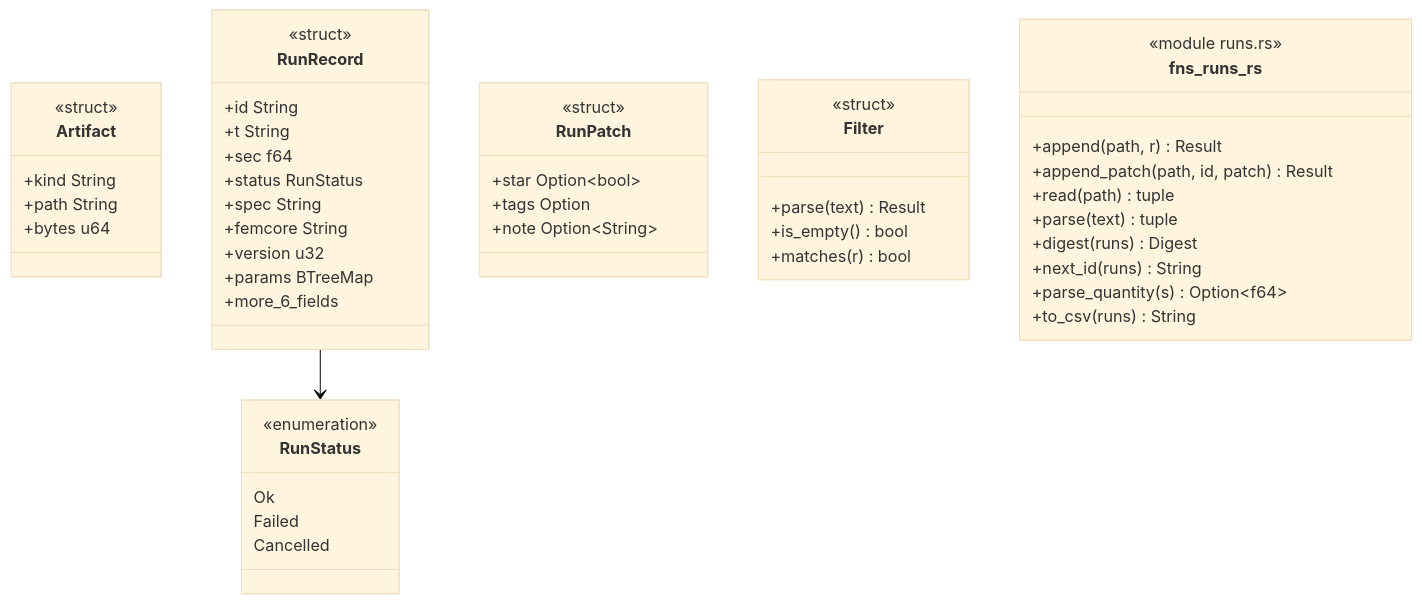
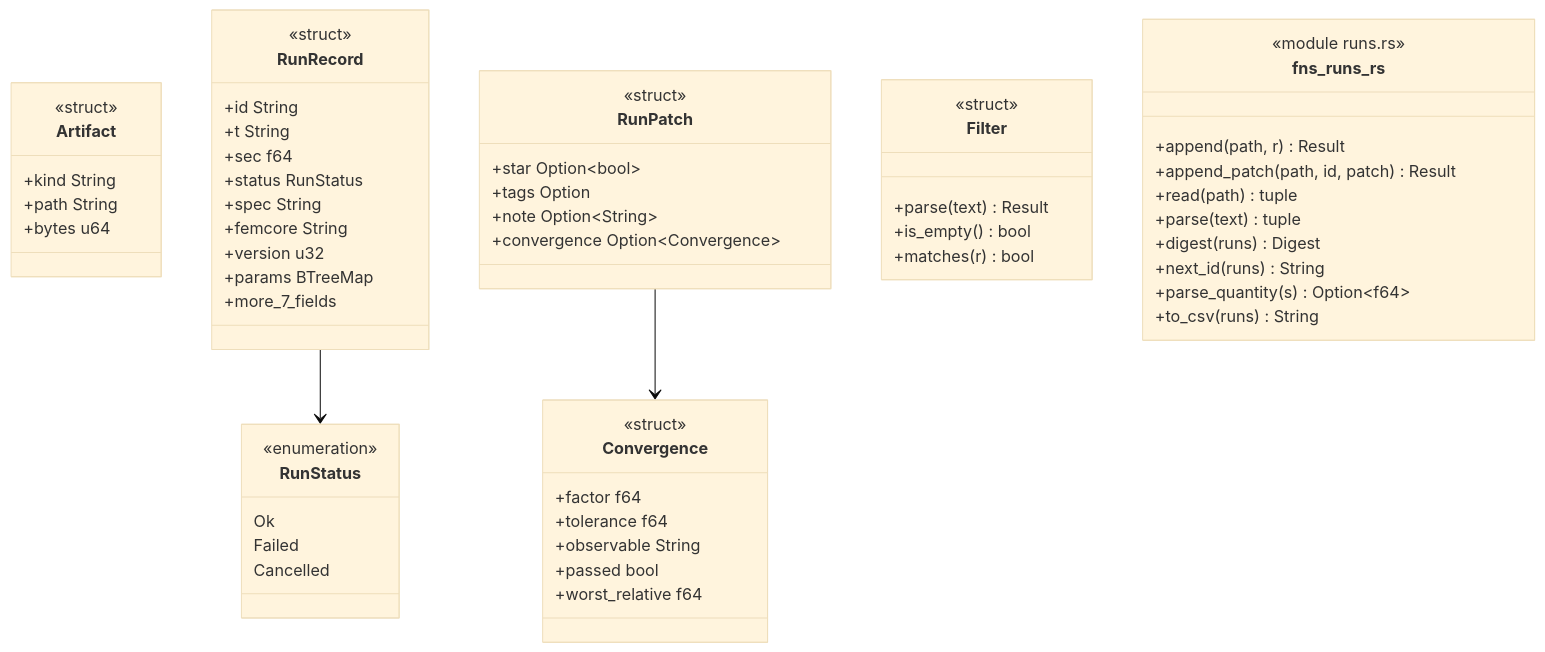
One commit to p-j-r/nyx changed the diagram in docs/architecture/c4/4-code/store/runs.md. Above: the diagram before and after it, drawn with Mermaid (base theme). The commit also changed other lines of this file and 55 other files, not shown here.

````diff
--- a/docs/architecture/c4/4-code/store/runs.md
+++ b/docs/architecture/c4/4-code/store/runs.md
@@ -37,51 +38,61 @@
 ```mermaid
 classDiagram
   class RunStatus {
       <<enumeration>>
       Ok
       Failed
       Cancelled
   }
   class Artifact {
       <<struct>>
       +kind String
       +path String
       +bytes u64
   }
+  class Convergence {
+      <<struct>>
+      +factor f64
+      +tolerance f64
+      +observable String
+      +passed bool
+      +worst_relative f64
+  }
   class RunRecord {
       <<struct>>
       +id String
       +t String
       +sec f64
       +status RunStatus
       +spec String
       +femcore String
       +version u32
       +params BTreeMap
-      +more_6_fields
+      +more_7_fields
   }
   class RunPatch {
       <<struct>>
       +star Option~bool~
       +tags Option
       +note Option~String~
+      +convergence Option~Convergence~
   }
   class Filter {
       <<struct>>
       +parse(text) Result
       +is_empty() bool
       +matches(r) bool
   }
   class fns_runs_rs {
       <<module runs.rs>>
       +append(path, r) Result
       +append_patch(path, id, patch) Result
       +read(path) tuple
       +parse(text) tuple
       +digest(runs) Digest
       +next_id(runs) String
       +parse_quantity(s) Option~f64~
       +to_csv(runs) String
   }
   RunRecord --> RunStatus
+  RunPatch --> Convergence
 ```
````
